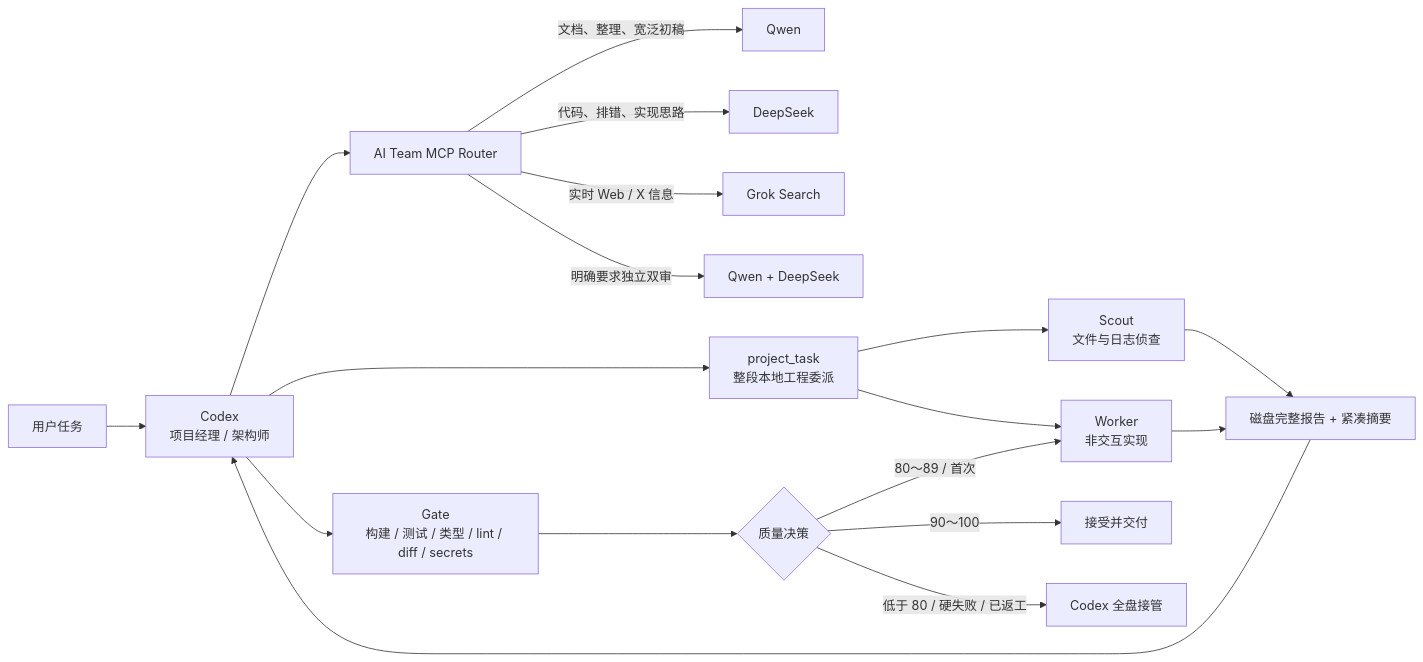
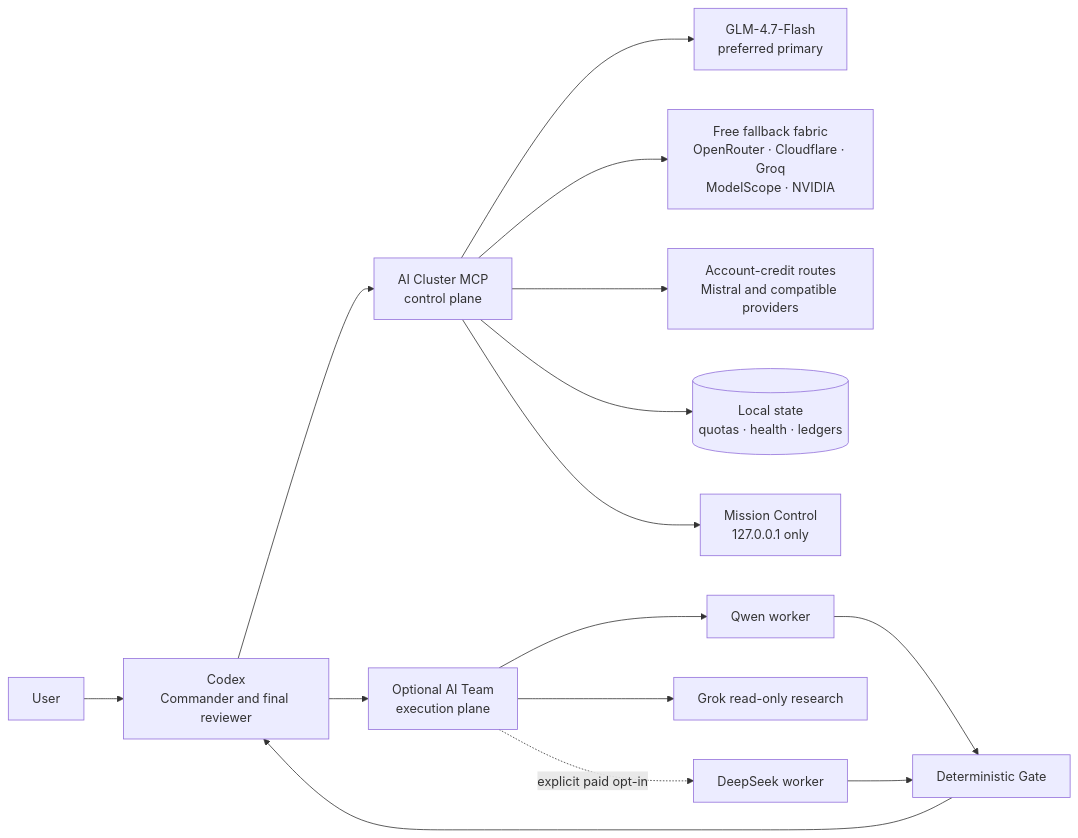
One commit to kennedymike936-lang/codex-ai-team-router changed the diagram in README.md. Above: the diagram before and after it, drawn with Mermaid. The commit also changed other lines of this file and 69 other files, not shown here.

First line of the commit message:
release: Codex AI Cluster v1.0.0

````diff
--- a/README.md
+++ b/README.md
@@ -13,20 +36,17 @@
 ```mermaid
 flowchart LR
-    U[用户任务] --> C[Codex\n项目经理 / 架构师]
-    C --> R[AI Team MCP Router]
-    R -->|文档、整理、宽泛初稿| Q[Qwen]
-    R -->|代码、排错、实现思路| D[DeepSeek]
-    R -->|实时 Web / X 信息| X[Grok Search]
-    R -->|明确要求独立双审| B[Qwen + DeepSeek]
-    C --> P[project_task\n整段本地工程委派]
-    P --> S[Scout\n文件与日志侦查]
-    P --> W[Worker\n非交互实现]
-    S --> A[磁盘完整报告 + 紧凑摘要]
-    W --> A
-    A --> C
-    C --> G[Gate\n构建 / 测试 / 类型 / lint / diff / secrets]
-    G --> E{质量决策}
-    E -->|90～100| O[接受并交付]
-    E -->|80～89 / 首次| W
-    E -->|低于 80 / 硬失败 / 已返工| T[Codex 全盘接管]
+    U[User] --> C[Codex<br/>Commander and final reviewer]
+    C --> R[AI Cluster MCP<br/>control plane]
+    R --> P[GLM-4.7-Flash<br/>preferred primary]
+    R --> F[Free fallback fabric<br/>OpenRouter · Cloudflare · Groq<br/>ModelScope · NVIDIA]
+    R --> A[Account-credit routes<br/>Mistral and compatible providers]
+    R --> S[(Local state<br/>quotas · health · ledgers)]
+    R --> M[Mission Control<br/>127.0.0.1 only]
+    C --> T[Optional AI Team<br/>execution plane]
+    T --> Q[Qwen worker]
+    T --> X[Grok read-only research]
+    T -. explicit paid opt-in .-> D[DeepSeek worker]
+    Q --> G[Deterministic Gate]
+    D --> G
+    G --> C
 ```
````
